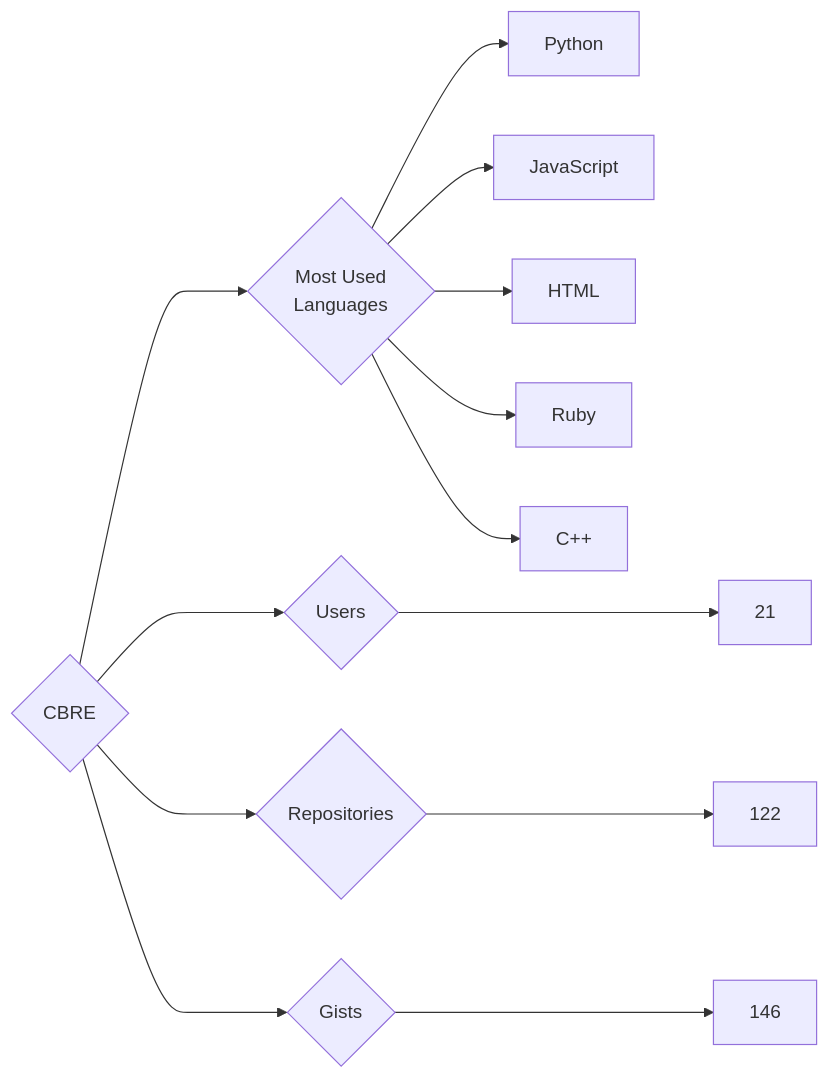
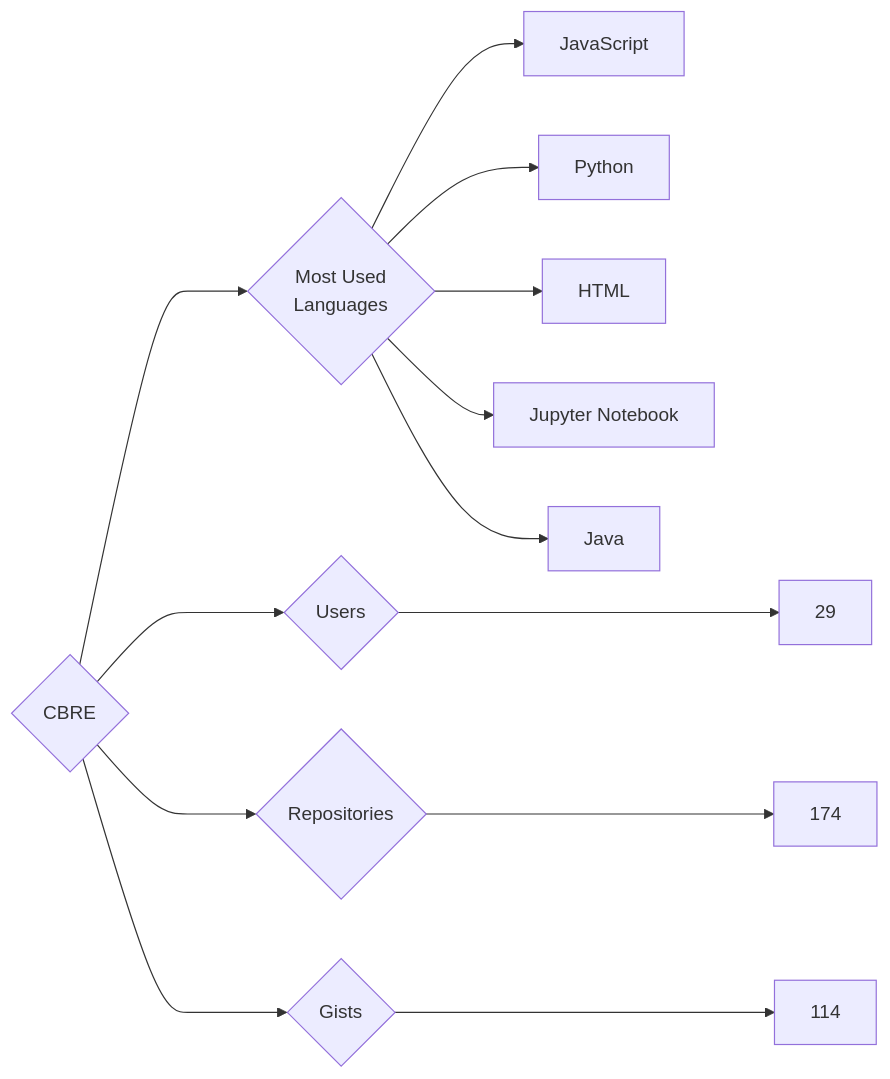
The diagram in targets/CBRE/README.md (trickest/insiders), drawn with Mermaid before and after one commit. The commit also changed 965 other files, not shown here.

````diff
--- a/targets/CBRE/README.md
+++ b/targets/CBRE/README.md
@@ -3,13 +3,13 @@
 ```mermaid
 graph LR
 COMPANY_NAME{CBRE}
-COMPANY_NAME ---> U{Users} ---> UN[21]
-COMPANY_NAME ---> R{Repositories} ---> RN[122]
-COMPANY_NAME ---> G{Gists} ---> GN[146]
+COMPANY_NAME ---> U{Users} ---> UN[29]
+COMPANY_NAME ---> R{Repositories} ---> RN[174]
+COMPANY_NAME ---> G{Gists} ---> GN[114]
 COMPANY_NAME ---> ML{Most Used<br>Languages}
+ML --> JavaScript[JavaScript]
 ML --> Python[Python]
-ML --> JavaScript[JavaScript]
 ML --> HTML[HTML]
-ML --> Ruby[Ruby]
-ML --> C++[C++]
+ML --> Jupyter_Notebook[Jupyter Notebook]
+ML --> Java[Java]
 ```
````
